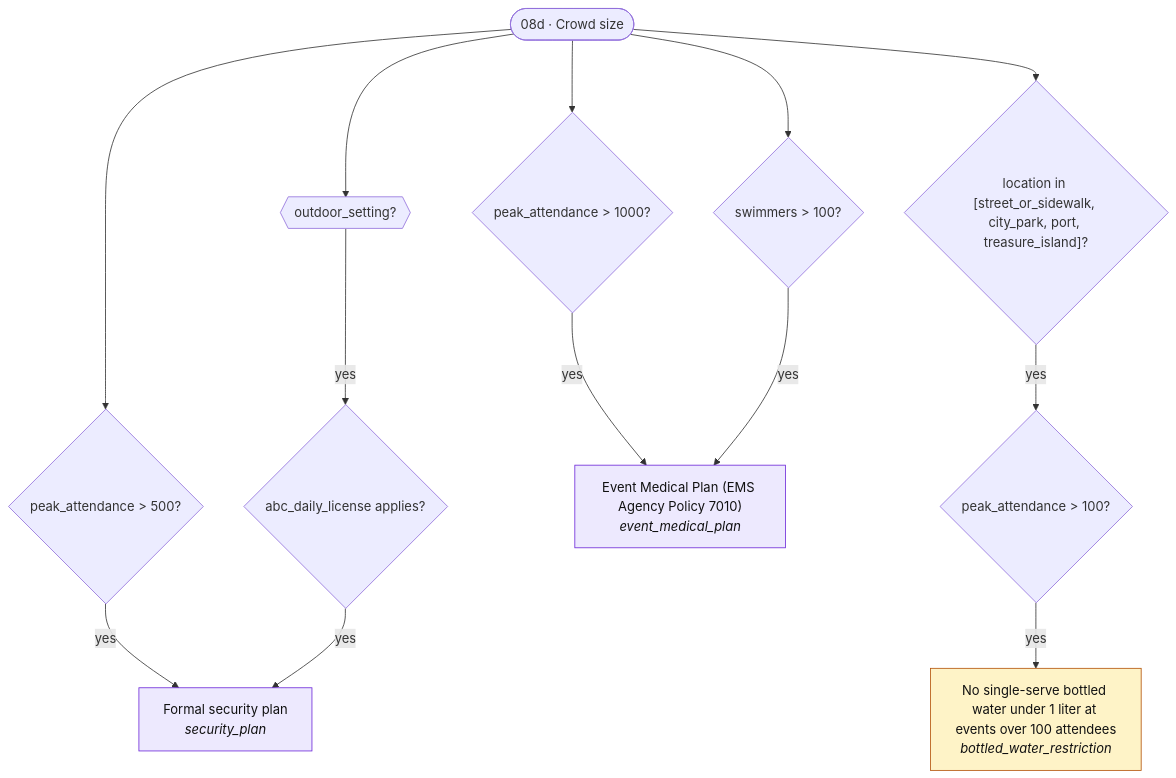
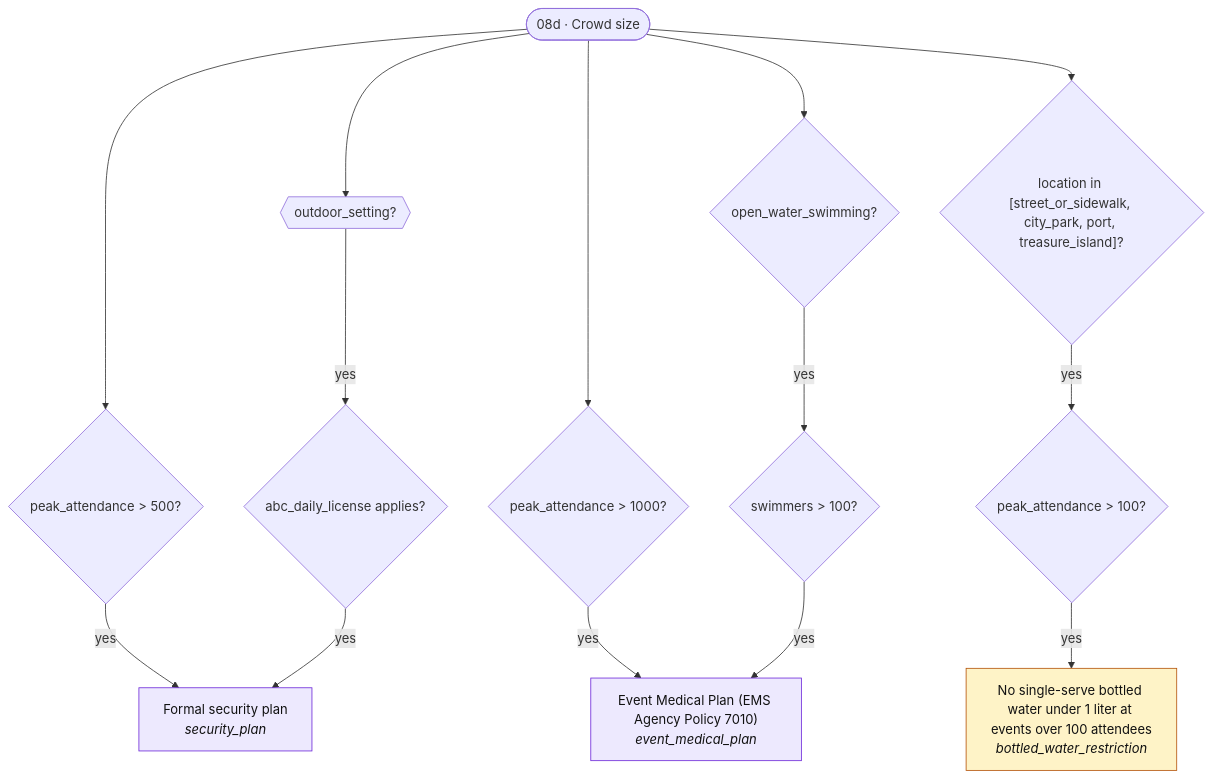
Before and after one commit to kmangal/sf-permit-helper: diagram 12 of 17 in docs/rules/README.md, drawn with Mermaid. The commit also changed other lines of this file and 10 other files, not shown here.

Commit message:
feat: rule flow update, smoother ui, cleaner final page

````diff
--- a/docs/rules/README.md
+++ b/docs/rules/README.md
@@ -434,28 +436,30 @@
 ```mermaid
 flowchart TD
   start(["08d · Crowd size"])
   n1{"peak_attendance #gt; 500?"}
   start --> n1
   n1 -->|yes| r_security_plan
   n2{{"outdoor_setting?"}}
   start --> n2
   n3{"abc_daily_license applies?"}
   n2 -->|yes| n3
   n3 -->|yes| r_security_plan
   n4{"peak_attendance #gt; 1000?"}
   start --> n4
   n4 -->|yes| r_event_medical_plan
-  n5{"swimmers #gt; 100?"}
+  n5{"open_water_swimming?"}
   start --> n5
-  n5 -->|yes| r_event_medical_plan
-  n6{"location in [street_or_sidewalk, city_park, port, treasure_island]?"}
-  start --> n6
-  n7{"peak_attendance #gt; 100?"}
-  n6 -->|yes| n7
-  n7 -->|yes| r_bottled_water_restriction
+  n6{"swimmers #gt; 100?"}
+  n5 -->|yes| n6
+  n6 -->|yes| r_event_medical_plan
+  n7{"location in [street_or_sidewalk, city_park, port, treasure_island]?"}
+  start --> n7
+  n8{"peak_attendance #gt; 100?"}
+  n7 -->|yes| n8
+  n8 -->|yes| r_bottled_water_restriction
   r_security_plan["Formal security plan<br/><i>security_plan</i>"]:::plan
   r_event_medical_plan["Event Medical Plan (EMS Agency Policy 7010)<br/><i>event_medical_plan</i>"]:::plan
   r_bottled_water_restriction["No single-serve bottled water under 1 liter at events over 100 attendees<br/><i>bottled_water_restriction</i>"]:::requirement
   classDef plan fill:#ede9fe,stroke:#6d28d9,color:#111
   classDef requirement fill:#fef3c7,stroke:#b45309,color:#111
 ```
````
